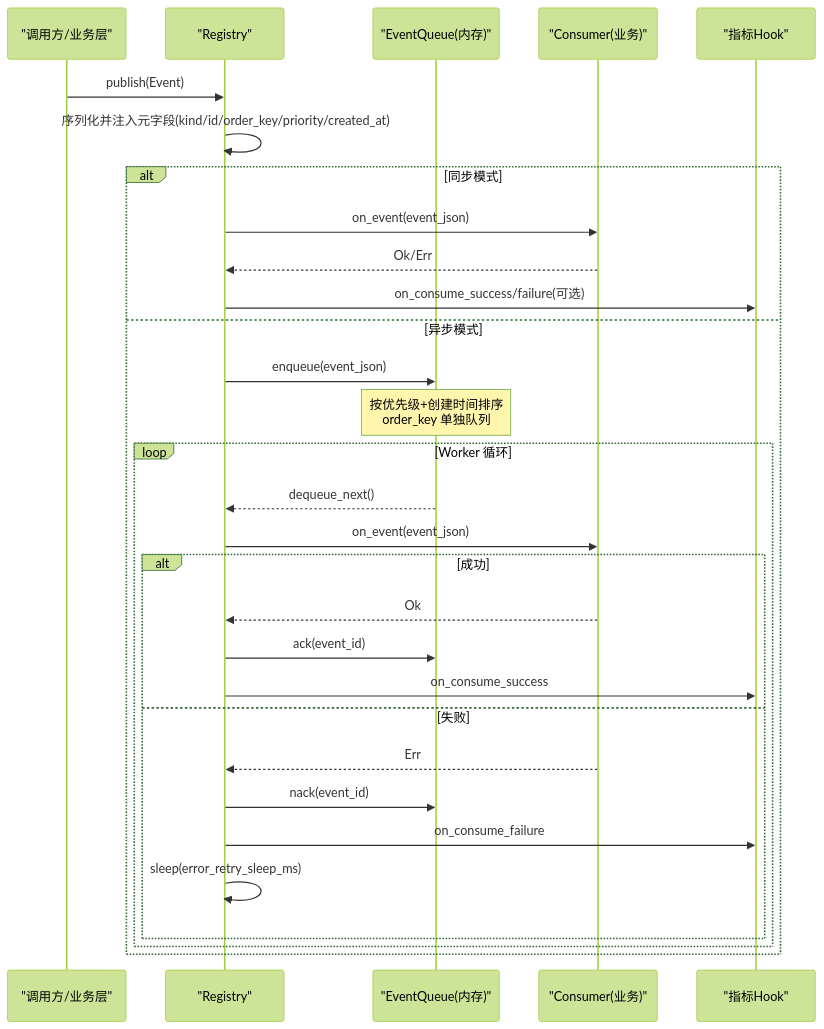
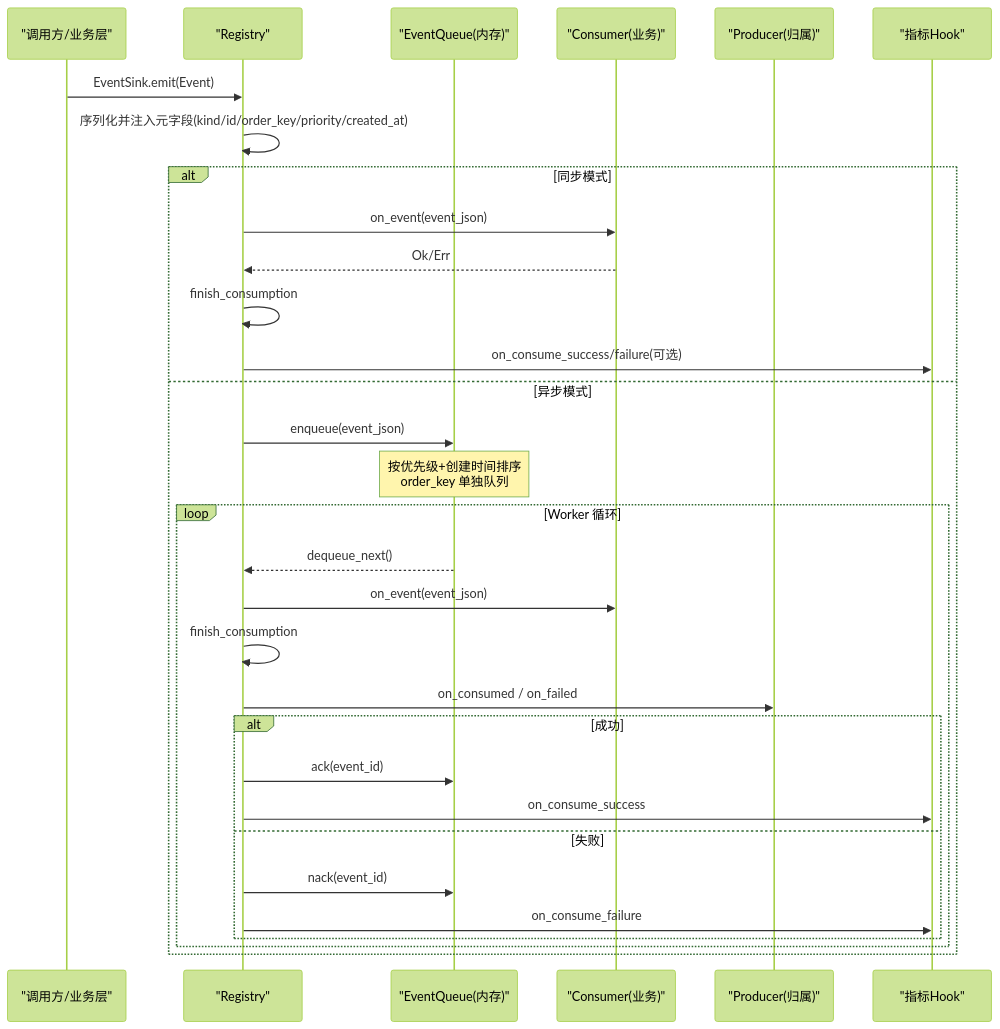
Before and after one commit to runningcoders/ai_orz: the second of 3 diagrams in docs/wiki/zh/content/基础设施/AOP 事件系统/AOP 核心架构/AOP 核心架构.md, drawn with Mermaid (forest theme). The commit also changed other lines of this file and 37 other files, not shown here.

````diff
--- a/docs/wiki/zh/content/基础设施/AOP 事件系统/AOP 核心架构/AOP 核心架构.md
+++ b/docs/wiki/zh/content/基础设施/AOP 事件系统/AOP 核心架构/AOP 核心架构.md
@@ -112,32 +126,33 @@
 ```mermaid
 sequenceDiagram
 participant Caller as "调用方/业务层"
 participant Reg as "Registry"
 participant Q as "EventQueue(内存)"
 participant C as "Consumer(业务)"
+participant PR as "Producer(归属)"
 participant Hook as "指标Hook"
-Caller->>Reg : publish(Event)
+Caller->>Reg : EventSink.emit(Event)
 Reg->>Reg : 序列化并注入元字段(kind/id/order_key/priority/created_at)
 alt 同步模式
 Reg->>C : on_event(event_json)
 C-->>Reg : Ok/Err
+Reg->>Reg : finish_consumption
 Reg->>Hook : on_consume_success/failure(可选)
 else 异步模式
 Reg->>Q : enqueue(event_json)
 Note over Q : 按优先级+创建时间排序<br/>order_key 单独队列
 loop Worker 循环
 Q-->>Reg : dequeue_next()
 Reg->>C : on_event(event_json)
+Reg->>Reg : finish_consumption
+Reg->>PR : on_consumed / on_failed
 alt 成功
-C-->>Reg : Ok
 Reg->>Q : ack(event_id)
 Reg->>Hook : on_consume_success
 else 失败
-C-->>Reg : Err
 Reg->>Q : nack(event_id)
 Reg->>Hook : on_consume_failure
-Reg->>Reg : sleep(error_retry_sleep_ms)
 end
 end
 end
 ```
````
